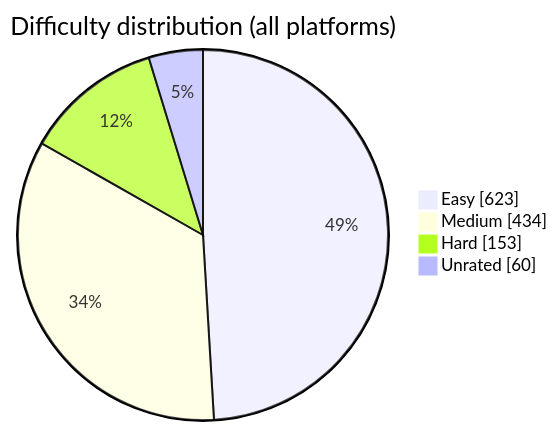
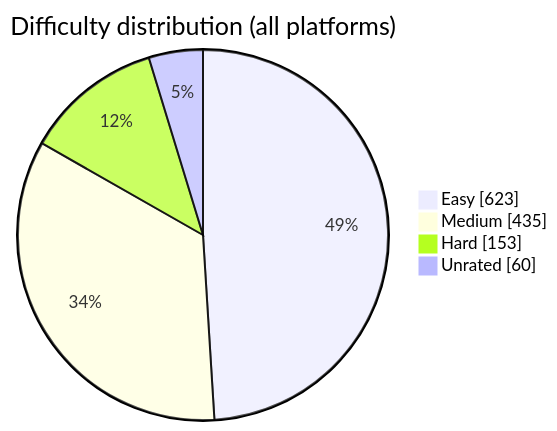
Before and after one commit to BuildbyArindam/Daily-Coding-Log: the diagram in README.md, drawn with Mermaid. The commit also changed other lines of this file, not shown here.

````diff
--- a/README.md
+++ b/README.md
@@ -93,7 +93,7 @@
 ```mermaid
 pie showData title Difficulty distribution (all platforms)
     "Easy" : 623
-    "Medium" : 434
+    "Medium" : 435
     "Hard" : 153
     "Unrated" : 60
 ```
````
